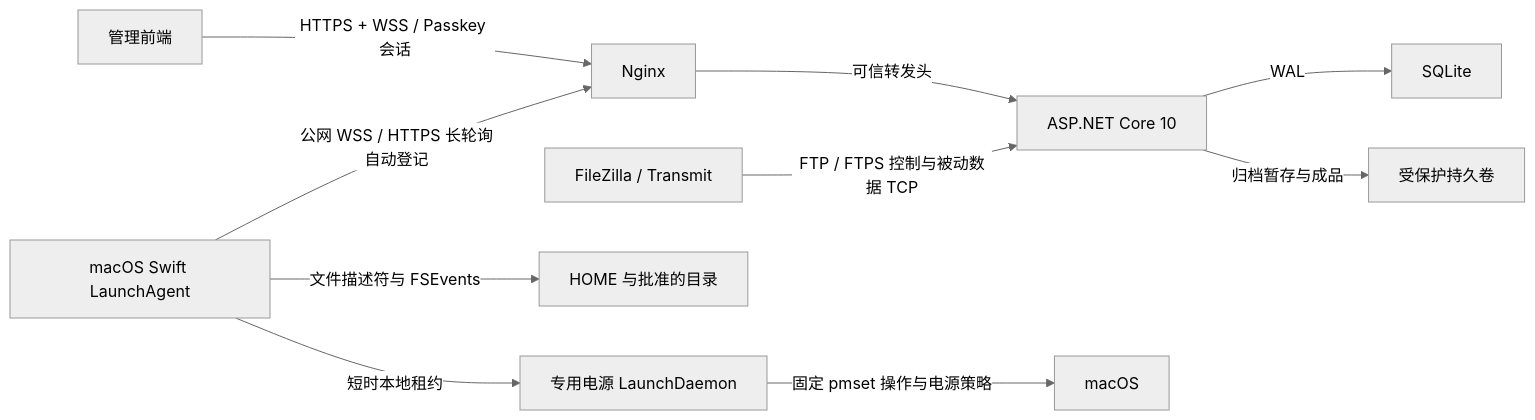
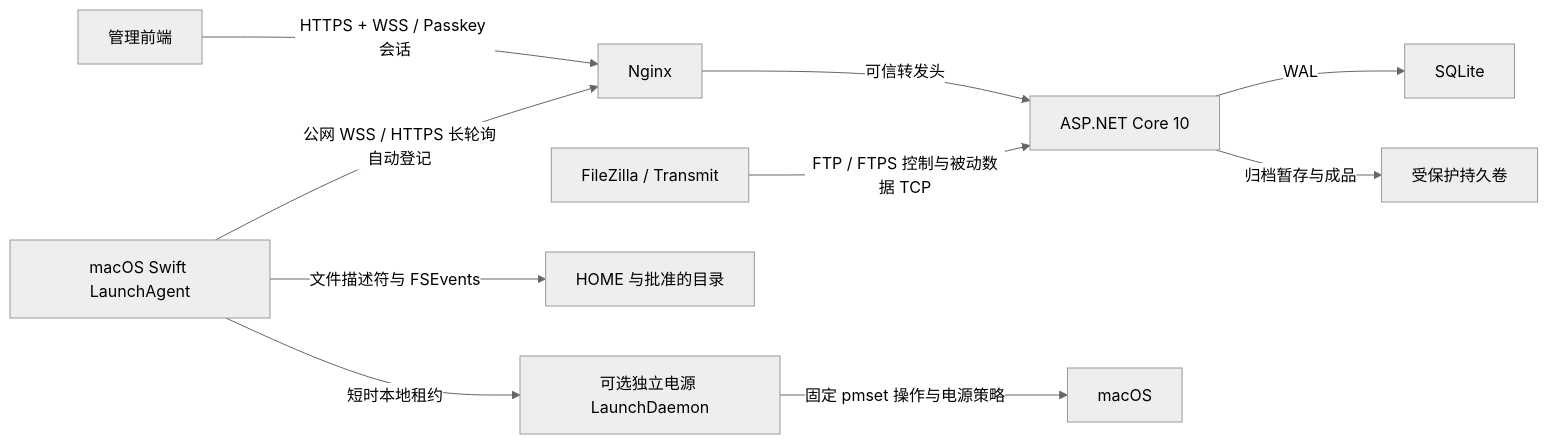
Before and after one commit to RyanStanLin/FileSharingService: the diagram in docs/architecture.md, drawn with Mermaid (neutral theme). The commit also changed 26 other files, not shown here.

````diff
--- a/docs/architecture.md
+++ b/docs/architecture.md
@@ -5,12 +5,12 @@
 ```mermaid
 flowchart LR
     Browser["管理前端"] -->|"HTTPS + WSS / Passkey 会话"| Proxy["Nginx"]
     Proxy -->|"可信转发头"| Server["ASP.NET Core 10"]
     FTP["FileZilla / Transmit"] -->|"FTP / FTPS 控制与被动数据 TCP"| Server
     Server -->|"WAL"| DB["SQLite"]
     Server -->|"归档暂存与成品"| Files["受保护持久卷"]
     Agent["macOS Swift LaunchAgent"] -->|"公网 WSS / HTTPS 长轮询自动登记"| Proxy
     Agent -->|"文件描述符与 FSEvents"| Home["HOME 与批准的目录"]
-    Agent -->|"短时本地租约"| Power["专用电源 LaunchDaemon"]
+    Agent -->|"短时本地租约"| Power["可选独立电源 LaunchDaemon"]
     Power -->|"固定 pmset 操作与电源策略"| OS["macOS"]
 ```
````
